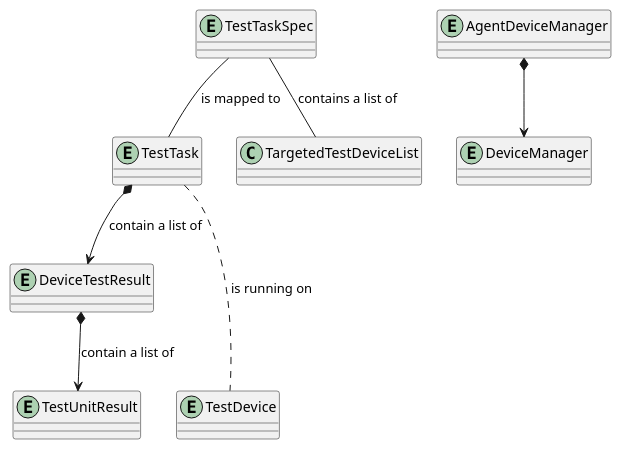
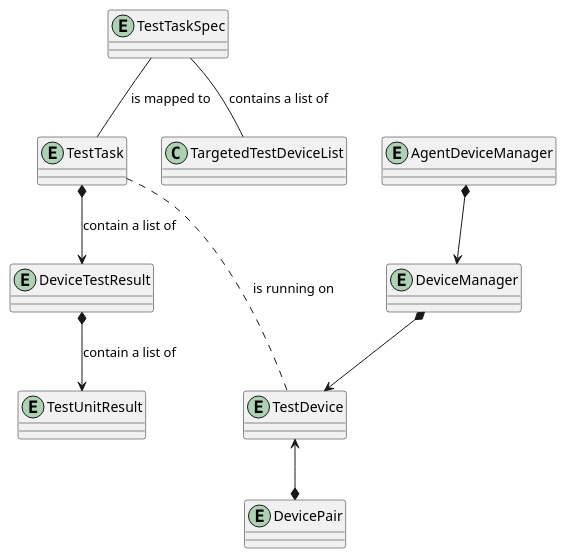
One commit to microsoft/HydraLab changed the sixth of 6 diagrams in agent/doc/UML/test_runner_design.puml. Above: the diagram before and after it, drawn with PlantUML. The commit also changed other lines of this file and 17 other files, not shown here.

First line of the commit message:
TestRunner refactor round 2, keep decoupling and build test lifecycle: buildDeviceTestTask -> setUp -> run -> tearDown (#181)

```diff
--- a/agent/doc/UML/test_runner_design.puml
+++ b/agent/doc/UML/test_runner_design.puml
@@ -169,19 +140,23 @@
 @startuml test_objects
 
 entity (TestTaskSpec)
 entity (TestTask)
 entity (DeviceTestResult)
 entity (TestUnitResult)
 entity (AgentDeviceManager)
 entity (DeviceManager)
 entity (TestDevice)
+entity (DevicePair)
 
 AgentDeviceManager *--> DeviceManager
+DeviceManager *--> TestDevice
+
+DevicePair *-u-> TestDevice
 
 TestTask ... TestDevice: is running on
 
 TestTaskSpec -- TestTask: is mapped to
 TestTaskSpec -- TargetedTestDeviceList: contains a list of
 TestTask *--> DeviceTestResult: contain a list of
 DeviceTestResult *--> TestUnitResult: contain a list of
 @enduml
```
